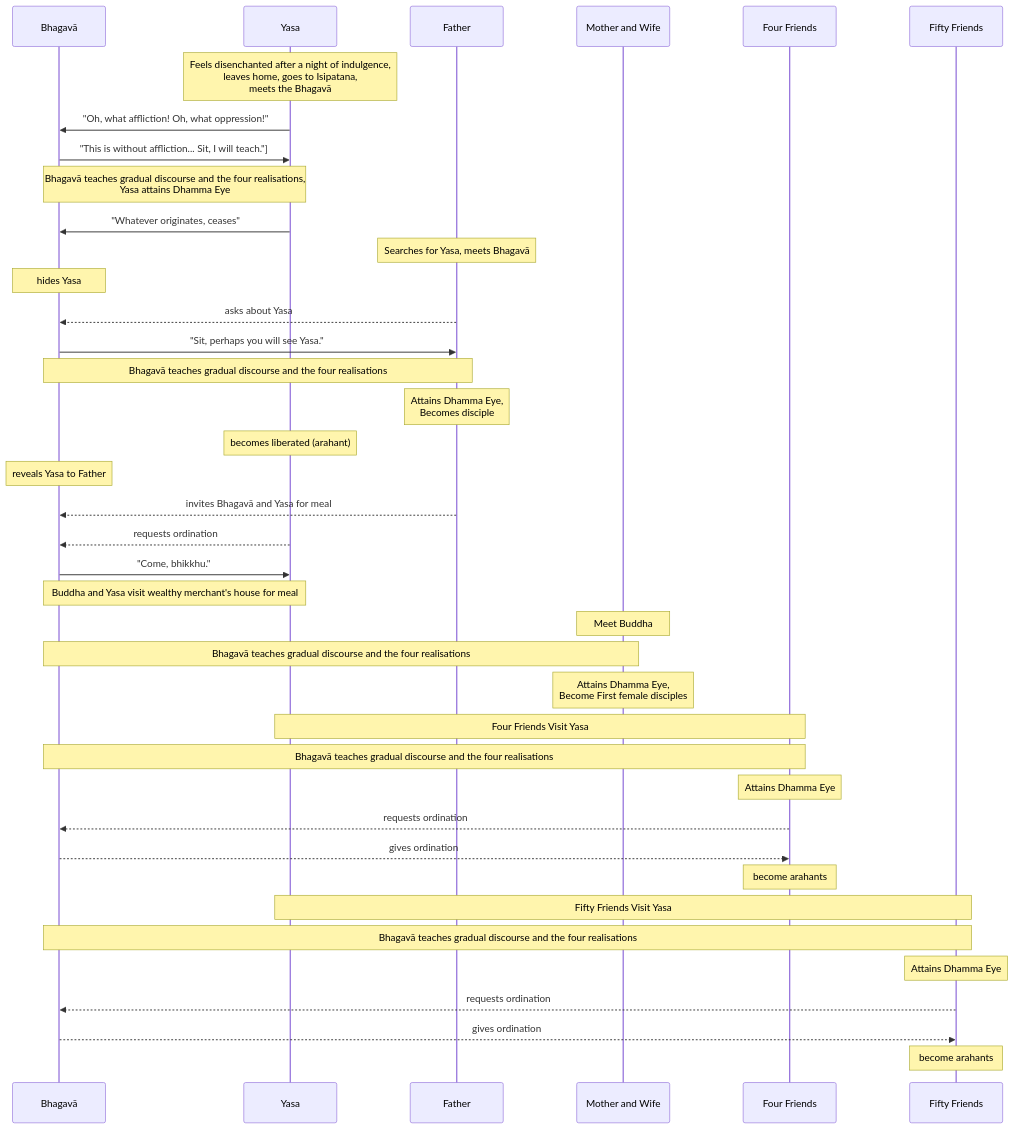
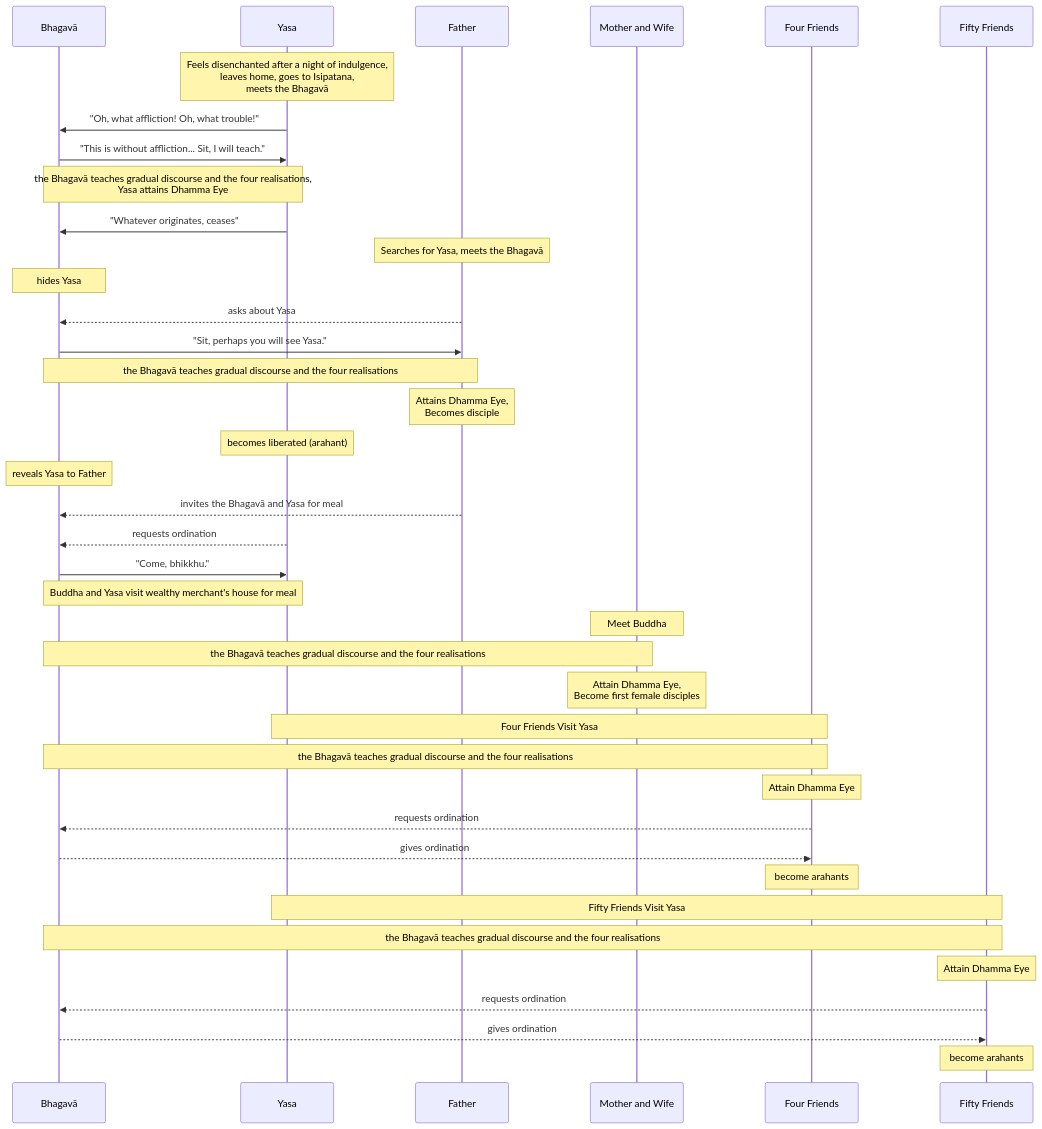
The diagram in src/content/docs/khandhaka/1-7.mdx (tidipa/tidipa.github.io), drawn with Mermaid before and after one commit. The commit also changed other lines of this file and 48 other files, not shown here.

````diff
--- a/src/content/docs/khandhaka/1-7.mdx
+++ b/src/content/docs/khandhaka/1-7.mdx
@@ -25,41 +25,41 @@
 ```mermaid
 sequenceDiagram
 	participant B as Bhagavā
 	participant Y as Yasa
 	participant F as Father
 	participant MW as Mother and Wife
 	participant F4 as Four Friends
 	participant F50 as Fifty Friends
 	note over Y: Feels disenchanted after a night of indulgence, <br> leaves home, goes to Isipatana, <br> meets the Bhagavā
-	Y->>B: "Oh, what affliction! Oh, what oppression!"
-	B->>Y: "This is without affliction... Sit, I will teach."];
-	note over B, Y: Bhagavā teaches gradual discourse and the four realisations, <br> Yasa attains Dhamma Eye
+	Y->>B: "Oh, what affliction! Oh, what trouble!"
+	B->>Y: "This is without affliction... Sit, I will teach."
+	note over B, Y: the Bhagavā teaches gradual discourse and the four realisations, <br> Yasa attains Dhamma Eye
 	Y->>B: "Whatever originates, ceases"
-	note over F: Searches for Yasa, meets Bhagavā
+	note over F: Searches for Yasa, meets the Bhagavā
 	note over B: hides Yasa
 	F-->>B: asks about Yasa
 	B->>F: "Sit, perhaps you will see Yasa."
-	note over B, F: Bhagavā teaches gradual discourse and the four realisations
+	note over B, F: the Bhagavā teaches gradual discourse and the four realisations
 	note over F: Attains Dhamma Eye, <br> Becomes disciple
 	note over Y: becomes liberated (arahant)
 	note over B: reveals Yasa to Father
-	F-->>B: invites Bhagavā and Yasa for meal
+	F-->>B: invites the Bhagavā and Yasa for meal
 	Y-->>B: requests ordination
 	B->>Y: "Come, bhikkhu."
 	note over Y, B: Buddha and Yasa visit wealthy merchant's house for meal
 	note over MW: Meet Buddha
-	note over B, MW: Bhagavā teaches gradual discourse and the four realisations 
-	note over MW: Attains Dhamma Eye, <br> Become First female disciples
+	note over B, MW: the Bhagavā teaches gradual discourse and the four realisations 
+	note over MW: Attain Dhamma Eye, <br> Become first female disciples
 	note over Y, F4: Four Friends Visit Yasa
-	note over B, F4: Bhagavā teaches gradual discourse and the four realisations
-	note over F4: Attains Dhamma Eye
+	note over B, F4: the Bhagavā teaches gradual discourse and the four realisations
+	note over F4: Attain Dhamma Eye
 	F4-->>B: requests ordination
 	B-->>F4: gives ordination
 	note over F4: become arahants
 	note over Y, F50: Fifty Friends Visit Yasa
-	note over B, F50: Bhagavā teaches gradual discourse and the four realisations
-	note over F50: Attains Dhamma Eye
+	note over B, F50: the Bhagavā teaches gradual discourse and the four realisations
+	note over F50: Attain Dhamma Eye
 	F50-->>B: requests ordination
 	B-->>F50: gives ordination
 	note over F50: become arahants
 ```
````
